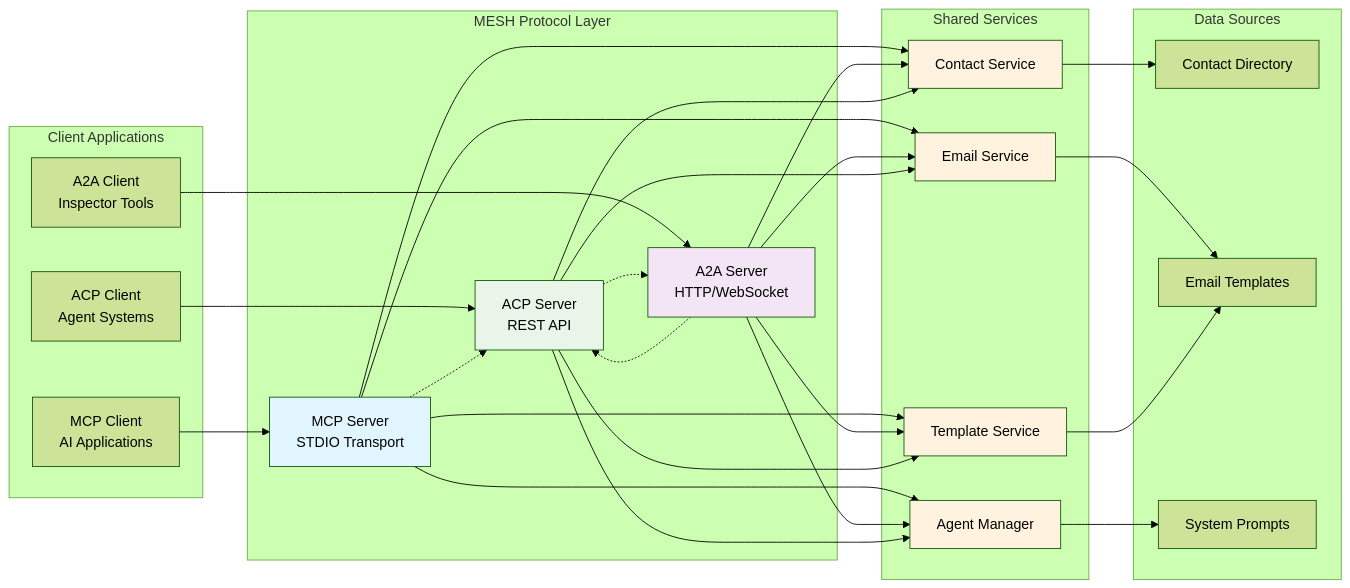
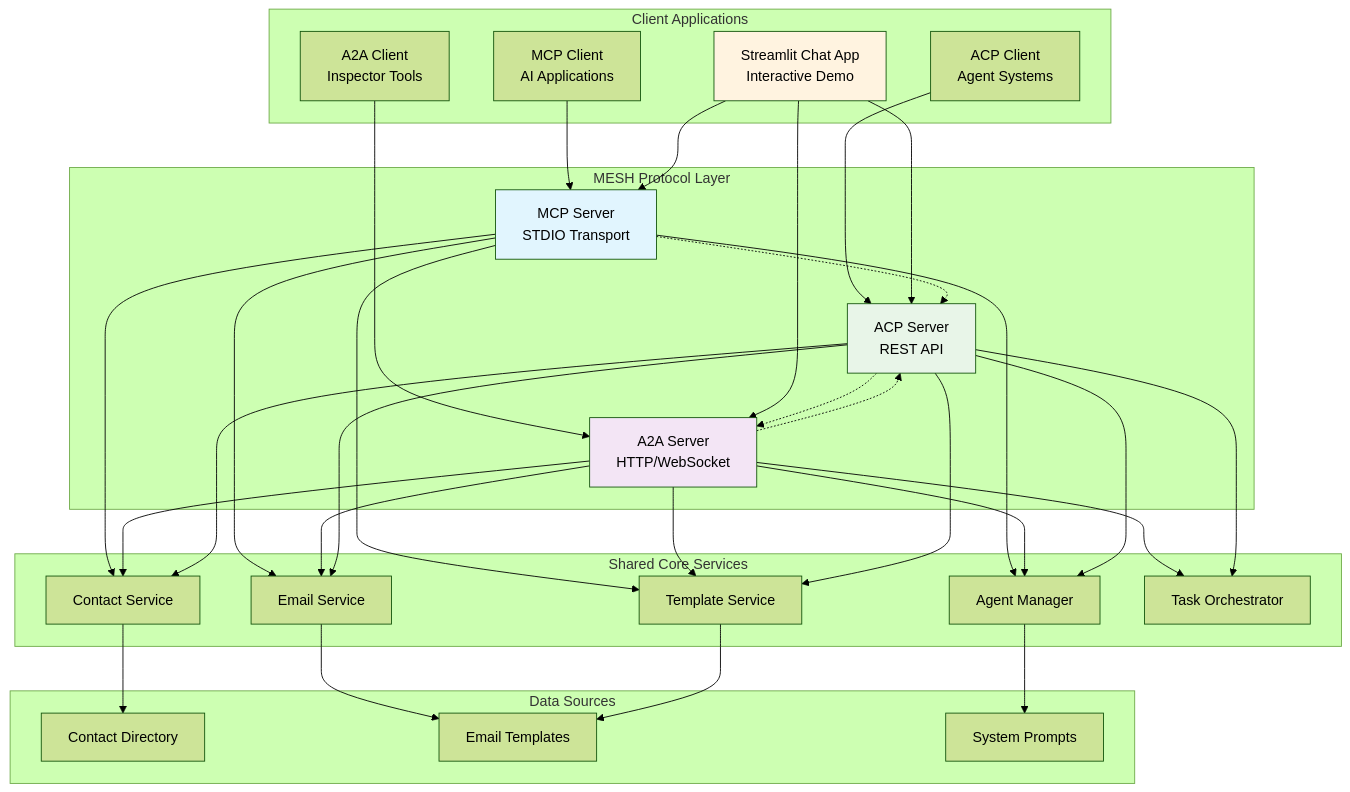
Before and after one commit to vishalm/agentic-protocol-demos: the diagram in README.md, drawn with Mermaid (forest theme). The commit also changed other lines of this file and 36 other files, not shown here.

Commit message:
Added ACP (Agent Communication Protocol) implementation with server, client, and comprehensive testing

````diff
--- a/README.md
+++ b/README.md
@@ -526,68 +31,71 @@
 ```mermaid
-flowchart LR
+graph TB
     subgraph "Client Applications"
         MCPClient[MCP Client<br/>AI Applications]
         A2AClient[A2A Client<br/>Inspector Tools]
         ACPClient[ACP Client<br/>Agent Systems]
+        StreamlitApp[Streamlit Chat App<br/>Interactive Demo]
     end
     
     subgraph "MESH Protocol Layer"
         MCP[MCP Server<br/>STDIO Transport]
         A2A[A2A Server<br/>HTTP/WebSocket]
         ACP[ACP Server<br/>REST API]
     end
     
-    subgraph "Shared Services"
+    subgraph "Shared Core Services"
         Email[Email Service]
         Contact[Contact Service]
         Template[Template Service]
         Agent[Agent Manager]
+        Orchestrator[Task Orchestrator]
     end
     
     subgraph "Data Sources"
         Directory[Contact Directory]
         Templates[Email Templates]
         Prompts[System Prompts]
     end
     
-    %% Client to Protocol connections
+    %% Client connections
     MCPClient --> MCP
     A2AClient --> A2A
     ACPClient --> ACP
+    StreamlitApp --> MCP
+    StreamlitApp --> A2A
+    StreamlitApp --> ACP
     
-    %% Protocol to Services connections
+    %% Protocol to Services
     MCP --> Email
     MCP --> Contact
     MCP --> Template
     MCP --> Agent
     
     A2A --> Email
     A2A --> Contact
     A2A --> Template
     A2A --> Agent
+    A2A --> Orchestrator
     
     ACP --> Email
     ACP --> Contact
     ACP --> Template
     ACP --> Agent
+    ACP --> Orchestrator
     
-    %% Services to Data connections
+    %% Services to Data
     Email --> Templates
     Contact --> Directory
     Template --> Templates
     Agent --> Prompts
     
     %% Cross-protocol communication
     MCP -.-> ACP
     A2A -.-> ACP
     ACP -.-> A2A
     
     style MCP fill:#e1f5fe
     style A2A fill:#f3e5f5
     style ACP fill:#e8f5e8
-    style Email fill:#fff3e0
-    style Contact fill:#fff3e0
-    style Template fill:#fff3e0
-    style Agent fill:#fff3e0
-    
+    style StreamlitApp fill:#fff3e0
 ```
````
